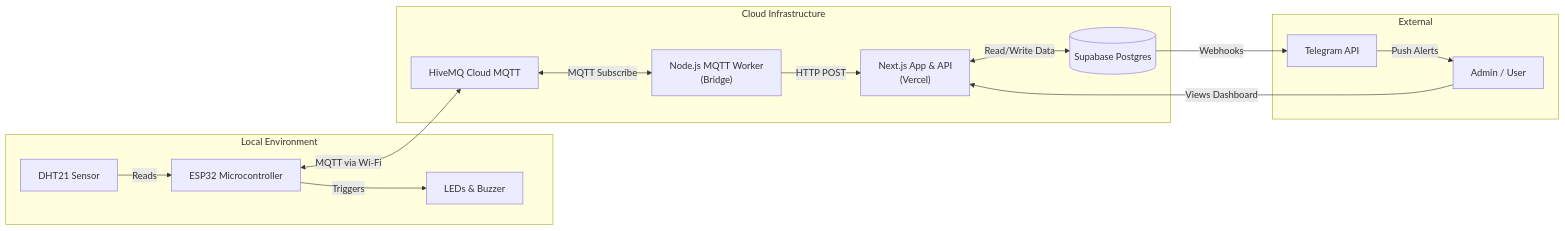
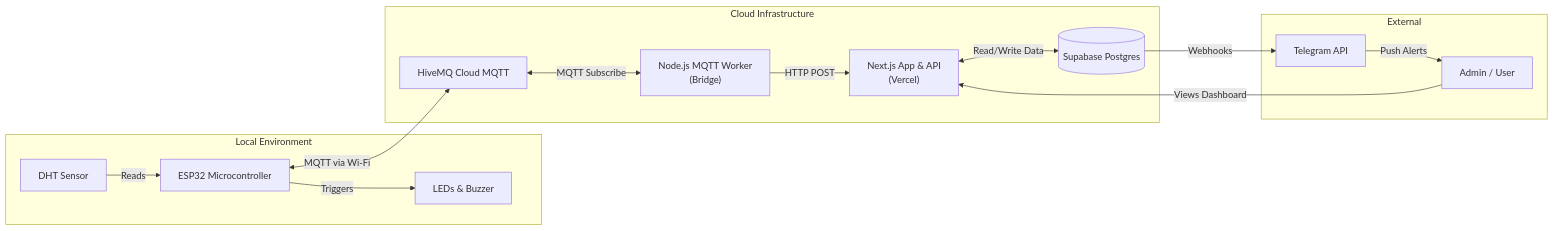
The first of 5 diagrams in README.md (boyishwara/omaggot), drawn with Mermaid before and after one commit. The commit also changed other lines of this file, not shown here.

````diff
--- a/README.md
+++ b/README.md
@@ -17,27 +17,27 @@
 ```mermaid
 graph LR
     subgraph "Local Environment"
-        DHT[DHT21 Sensor] -->|Reads| ESP32[ESP32 Microcontroller]
+        DHT[DHT Sensor] -->|Reads| ESP32[ESP32 Microcontroller]
         ESP32 -->|Triggers| HW[LEDs & Buzzer]
     end
 
     subgraph "Cloud Infrastructure"
         HiveMQ[HiveMQ Cloud MQTT]
         Worker["Node.js MQTT Worker<br/>(Bridge)"]
         NextJS["Next.js App & API<br/>(Vercel)"]
         Supabase[(Supabase Postgres)]
     end
 
     subgraph "External"
         Telegram[Telegram API]
         User[Admin / User]
     end
 
     ESP32 <-->|MQTT via Wi-Fi| HiveMQ
     HiveMQ <-->|MQTT Subscribe| Worker
     Worker -->|HTTP POST| NextJS
     NextJS <-->|Read/Write Data| Supabase
     Supabase -->|Webhooks| Telegram
     Telegram -->|Push Alerts| User
     User -->|Views Dashboard| NextJS
 ```
````
